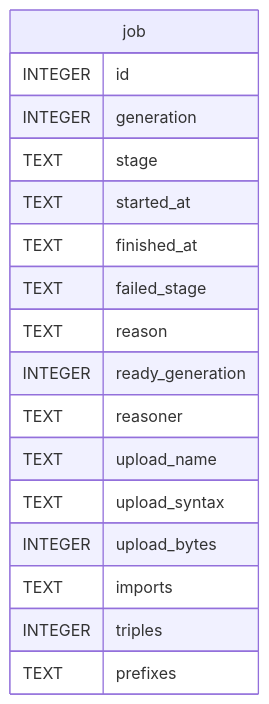
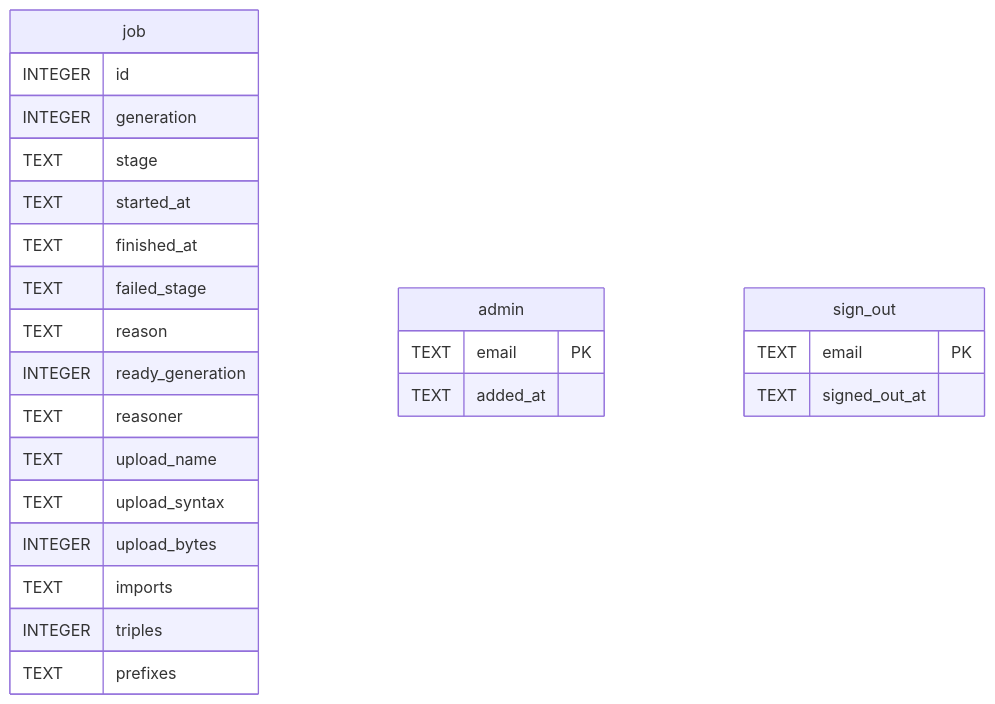
One commit to jclerman/browl changed the diagram in docs/schema/state/README.md. Above: the diagram before and after it, drawn with Mermaid. The commit also changed other lines of this file and 24 other files, not shown here.

First line of the commit message:
P-22: Google sign-in, admin-route protection, dev no-auth mode (#146)

````diff
--- a/docs/schema/state/README.md
+++ b/docs/schema/state/README.md
@@ -18,22 +20,30 @@
 ```mermaid
 erDiagram
 
 
 "job" {
   INTEGER id
   INTEGER generation
   TEXT stage
   TEXT started_at
   TEXT finished_at
   TEXT failed_stage
   TEXT reason
   INTEGER ready_generation
   TEXT reasoner
   TEXT upload_name
   TEXT upload_syntax
   INTEGER upload_bytes
   TEXT imports
   INTEGER triples
   TEXT prefixes
 }
+"admin" {
+  TEXT email PK
+  TEXT added_at
+}
+"sign_out" {
+  TEXT email PK
+  TEXT signed_out_at
+}
 ```
````
